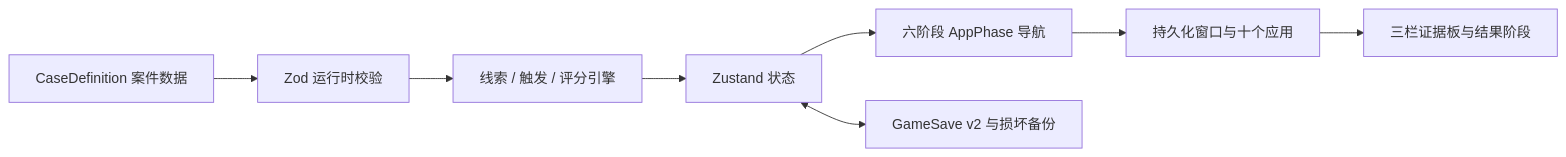
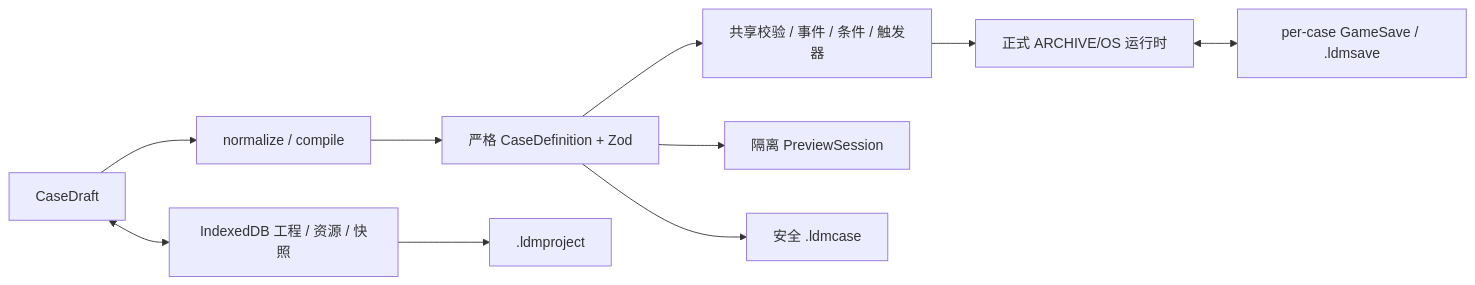
The diagram in README.md (PHLXXX/lost-desktop-museum), drawn with Mermaid before and after one commit. The commit also changed other lines of this file and 156 other files, not shown here.

First line of the commit message:
feat: add Archive Workshop visual case editor (#3)

````diff
--- a/README.md
+++ b/README.md
@@ -61,10 +76,12 @@
 ```mermaid
 flowchart LR
-  A[CaseDefinition 案件数据] --> B[Zod 运行时校验]
-  B --> C[线索 / 触发 / 评分引擎]
-  C --> D[Zustand 状态]
-  D --> E[六阶段 AppPhase 导航]
-  D <--> F[GameSave v2 与损坏备份]
-  E --> G[持久化窗口与十个应用]
-  G --> H[三栏证据板与结果阶段]
+  A[CaseDraft] --> B[normalize / compile]
+  B --> C[严格 CaseDefinition + Zod]
+  C --> D[共享校验 / 事件 / 条件 / 触发器]
+  D --> E[正式 ARCHIVE/OS 运行时]
+  A <--> F[IndexedDB 工程 / 资源 / 快照]
+  C --> G[隔离 PreviewSession]
+  C --> H[安全 .ldmcase]
+  F --> I[.ldmproject]
+  E <--> J[per-case GameSave / .ldmsave]
 ```
````
